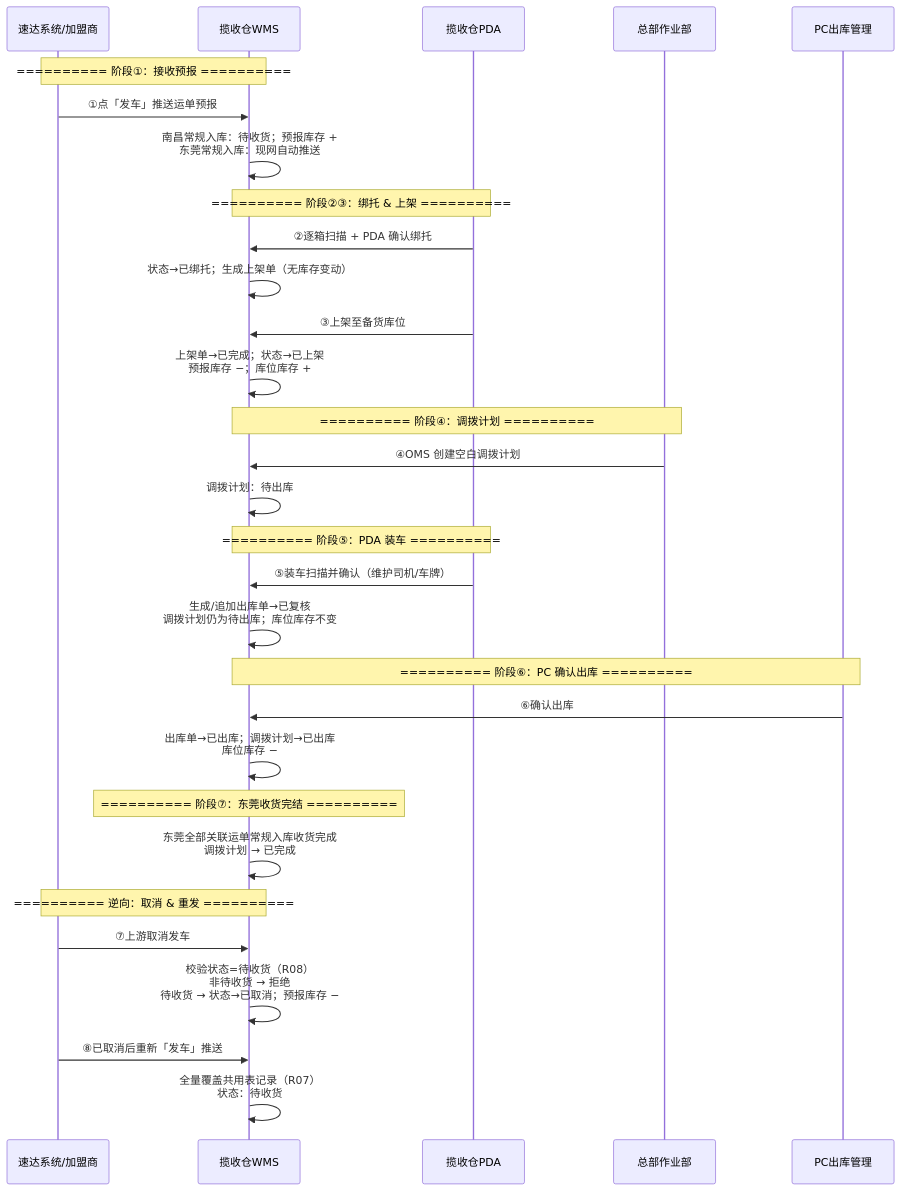
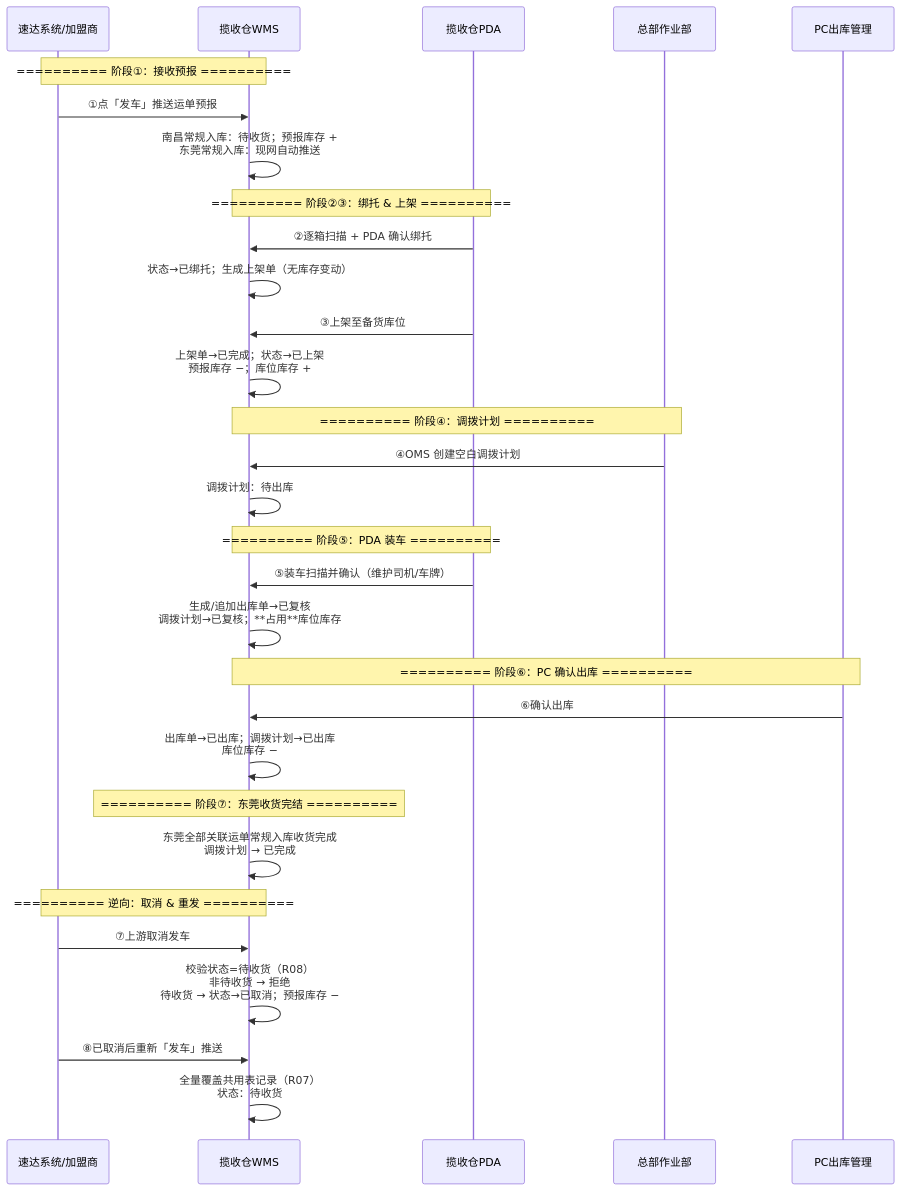
The first of 2 diagrams in prd-docs/01-加盟商揽收仓需求/01-业务流程推演.md (Tiana-1720/wms-inbound-demo), drawn with Mermaid before and after one commit. The commit also changed other lines of this file and 54 other files, not shown here.

````diff
--- a/prd-docs/01-加盟商揽收仓需求/01-业务流程推演.md
+++ b/prd-docs/01-加盟商揽收仓需求/01-业务流程推演.md
@@ -107,47 +107,47 @@
 ```mermaid
 sequenceDiagram
     participant SD as 速达系统/加盟商
     participant WMS as 揽收仓WMS
     participant PDA as 揽收仓PDA
     participant HQ as 总部作业部
 
     participant PC as PC出库管理
 
     Note over SD,WMS: ========== 阶段①：接收预报 ==========
 
     SD->>WMS: ①点「发车」推送运单预报
     WMS->>WMS: 南昌常规入库：待收货；预报库存 +<br/>东莞常规入库：现网自动推送
 
     Note over PDA,WMS: ========== 阶段②③：绑托 & 上架 ==========
 
     PDA->>WMS: ②逐箱扫描 + PDA 确认绑托
     WMS->>WMS: 状态→已绑托；生成上架单（无库存变动）
     PDA->>WMS: ③上架至备货库位
     WMS->>WMS: 上架单→已完成；状态→已上架<br/>预报库存 −；库位库存 +
 
     Note over HQ,WMS: ========== 阶段④：调拨计划 ==========
 
     HQ->>WMS: ④OMS 创建空白调拨计划
     WMS->>WMS: 调拨计划：待出库
 
     Note over PDA,WMS: ========== 阶段⑤：PDA 装车 ==========
 
     PDA->>WMS: ⑤装车扫描并确认（维护司机/车牌）
-    WMS->>WMS: 生成/追加出库单→已复核<br/>调拨计划仍为待出库；库位库存不变
+    WMS->>WMS: 生成/追加出库单→已复核<br/>调拨计划→已复核；**占用**库位库存
 
     Note over PC,WMS: ========== 阶段⑥：PC 确认出库 ==========
 
     PC->>WMS: ⑥确认出库
     WMS->>WMS: 出库单→已出库；调拨计划→已出库<br/>库位库存 −
 
     Note over WMS: ========== 阶段⑦：东莞收货完结 ==========
 
     WMS->>WMS: 东莞全部关联运单常规入库收货完成<br/>调拨计划 → 已完成
 
     Note over SD,WMS: ========== 逆向：取消 & 重发 ==========
 
     SD->>WMS: ⑦上游取消发车
     WMS->>WMS: 校验状态=待收货（R08）<br/>非待收货 → 拒绝<br/>待收货 → 状态→已取消；预报库存 −
     SD->>WMS: ⑧已取消后重新「发车」推送
     WMS->>WMS: 全量覆盖共用表记录（R07）<br/>状态：待收货
 ```
````
